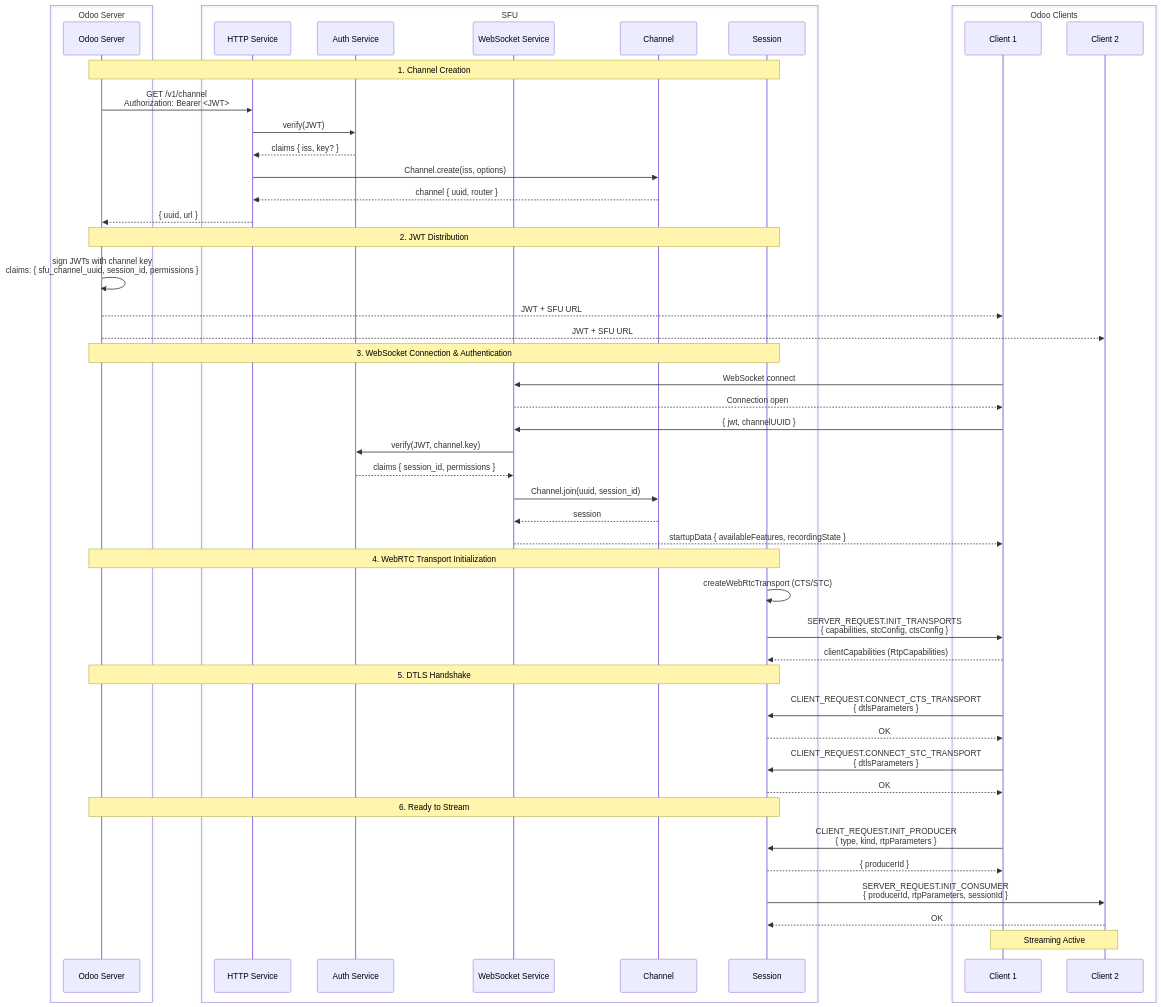
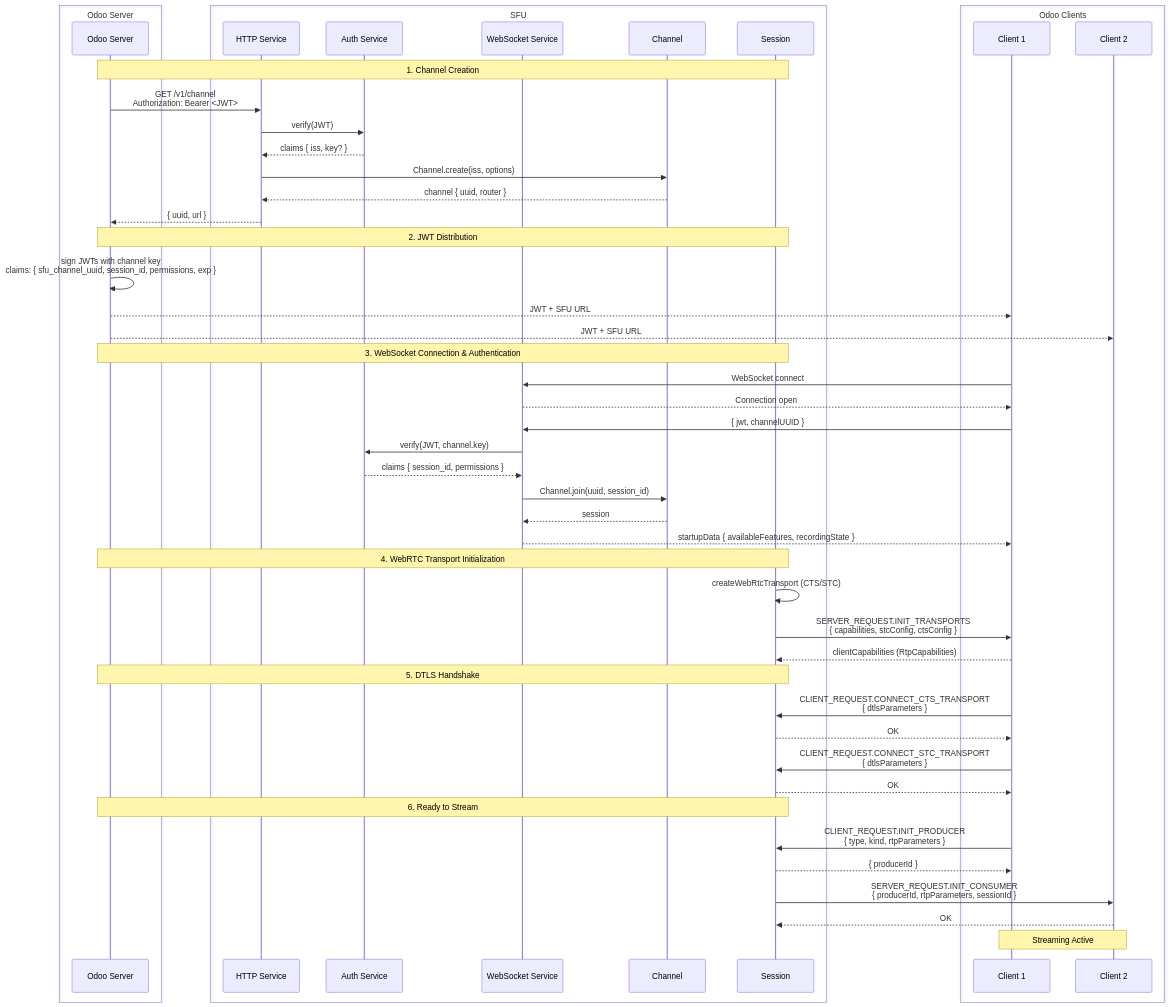
One commit to odoo/sfu changed the diagram in doc/network_flow.md. Above: the diagram before and after it, drawn with Mermaid. The commit also changed other lines of this file and 10 other files, not shown here.

````diff
--- a/doc/network_flow.md
+++ b/doc/network_flow.md
@@ -3,59 +3,59 @@
 ```mermaid
 sequenceDiagram
     box Odoo Server
         participant OS as Odoo Server
     end
     box SFU
         participant HTTP as HTTP Service
         participant Auth as Auth Service
         participant WS as WebSocket Service
         participant Ch as Channel
         participant Sess as Session
     end
     box Odoo Clients
         participant C1 as Client 1
         participant C2 as Client 2
     end
 
     Note over OS,Sess: 1. Channel Creation
     OS->>HTTP: GET /v1/channel<br>Authorization: Bearer <JWT>
     HTTP->>Auth: verify(JWT)
     Auth-->>HTTP: claims { iss, key? }
     HTTP->>Ch: Channel.create(iss, options)
     Ch-->>HTTP: channel { uuid, router }
     HTTP-->>OS: { uuid, url }
 
     Note over OS,Sess: 2. JWT Distribution
-    OS->>OS: sign JWTs with channel key<br>claims: { sfu_channel_uuid, session_id, permissions }
+    OS->>OS: sign JWTs with channel key<br>claims: { sfu_channel_uuid, session_id, permissions, exp }
     OS-->>C1: JWT + SFU URL
     OS-->>C2: JWT + SFU URL
 
     Note over OS,Sess: 3. WebSocket Connection & Authentication
     C1->>WS: WebSocket connect
     WS-->>C1: Connection open
     C1->>WS: { jwt, channelUUID }
     WS->>Auth: verify(JWT, channel.key)
     Auth-->>WS: claims { session_id, permissions }
     WS->>Ch: Channel.join(uuid, session_id)
     Ch-->>WS: session
     WS-->>C1: startupData { availableFeatures, recordingState }
 
     Note over OS,Sess: 4. WebRTC Transport Initialization
     Sess->>Sess: createWebRtcTransport (CTS/STC)
     Sess->>C1: SERVER_REQUEST.INIT_TRANSPORTS<br>{ capabilities, stcConfig, ctsConfig }
     C1-->>Sess: clientCapabilities (RtpCapabilities)
 
     Note over OS,Sess: 5. DTLS Handshake
     C1->>Sess: CLIENT_REQUEST.CONNECT_CTS_TRANSPORT<br>{ dtlsParameters }
     Sess-->>C1: OK
     C1->>Sess: CLIENT_REQUEST.CONNECT_STC_TRANSPORT<br>{ dtlsParameters }
     Sess-->>C1: OK
 
     Note over OS,Sess: 6. Ready to Stream
     C1->>Sess: CLIENT_REQUEST.INIT_PRODUCER<br>{ type, kind, rtpParameters }
     Sess-->>C1: { producerId }
     Sess->>C2: SERVER_REQUEST.INIT_CONSUMER<br>{ producerId, rtpParameters, sessionId }
     C2-->>Sess: OK
 
     Note over C1,C2: Streaming Active
 ```
````
